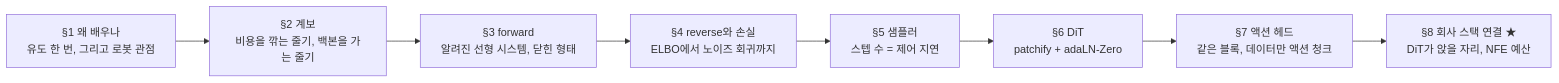
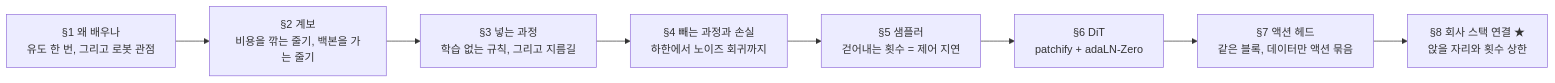
Before and after one commit to sguys99/physical-ai-study: the first of 5 diagrams in course/w1-generative-core/03-diffusion-ddpm-dit/lesson.md, drawn with Mermaid. The commit also changed other lines of this file and 10 other files, not shown here.

````diff
--- a/course/w1-generative-core/03-diffusion-ddpm-dit/lesson.md
+++ b/course/w1-generative-core/03-diffusion-ddpm-dit/lesson.md
@@ -41,10 +45,10 @@
 ```mermaid
 flowchart LR
   S1["§1 왜 배우나<br/>유도 한 번, 그리고 로봇 관점"] --> S2["§2 계보<br/>비용을 깎는 줄기, 백본을 가는 줄기"]
-  S2 --> S3["§3 forward<br/>알려진 선형 시스템, 닫힌 형태"]
-  S3 --> S4["§4 reverse와 손실<br/>ELBO에서 노이즈 회귀까지"]
-  S4 --> S5["§5 샘플러<br/>스텝 수 = 제어 지연"]
+  S2 --> S3["§3 넣는 과정<br/>학습 없는 규칙, 그리고 지름길"]
+  S3 --> S4["§4 빼는 과정과 손실<br/>하한에서 노이즈 회귀까지"]
+  S4 --> S5["§5 샘플러<br/>걷어내는 횟수 = 제어 지연"]
   S5 --> S6["§6 DiT<br/>patchify + adaLN-Zero"]
-  S6 --> S7["§7 액션 헤드<br/>같은 블록, 데이터만 액션 청크"]
-  S7 --> CO["§8 회사 스택 연결 ★<br/>DiT가 앉을 자리, NFE 예산"]
+  S6 --> S7["§7 액션 헤드<br/>같은 블록, 데이터만 액션 묶음"]
+  S7 --> CO["§8 회사 스택 연결 ★<br/>앉을 자리와 횟수 상한"]
 ```
````
